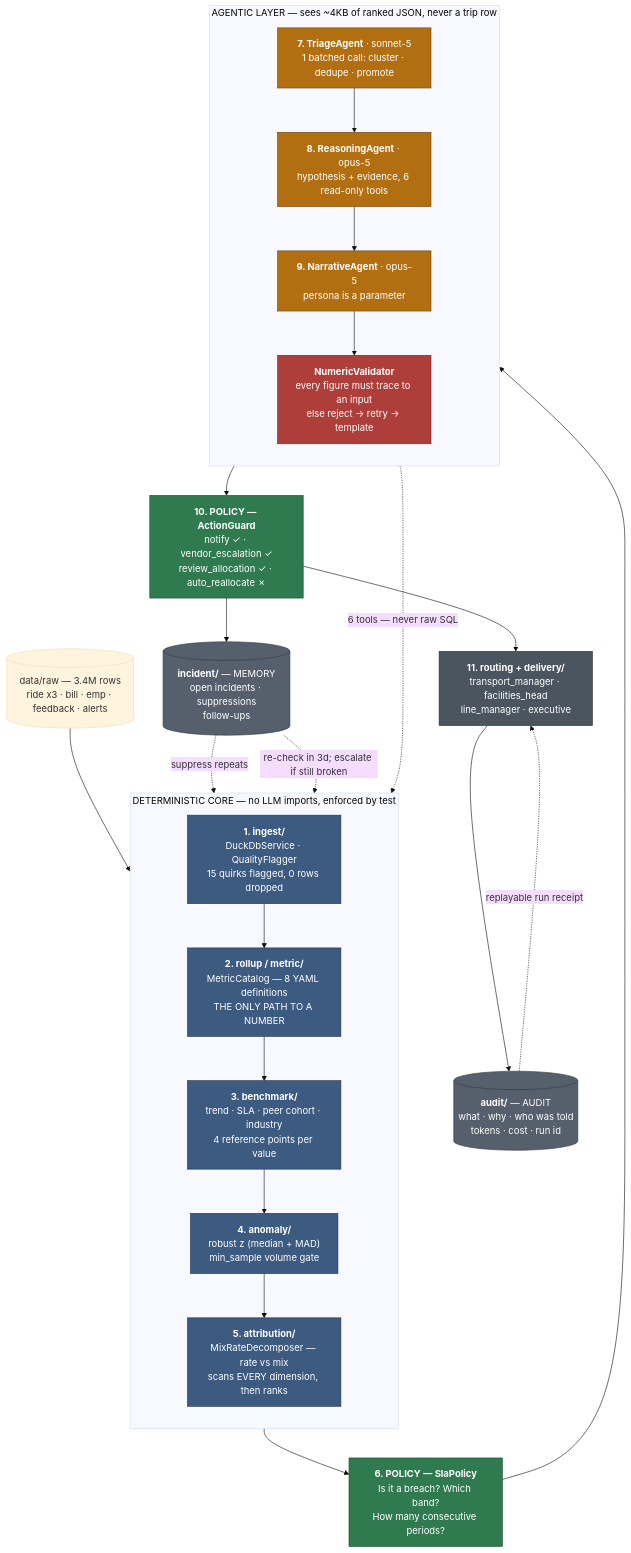
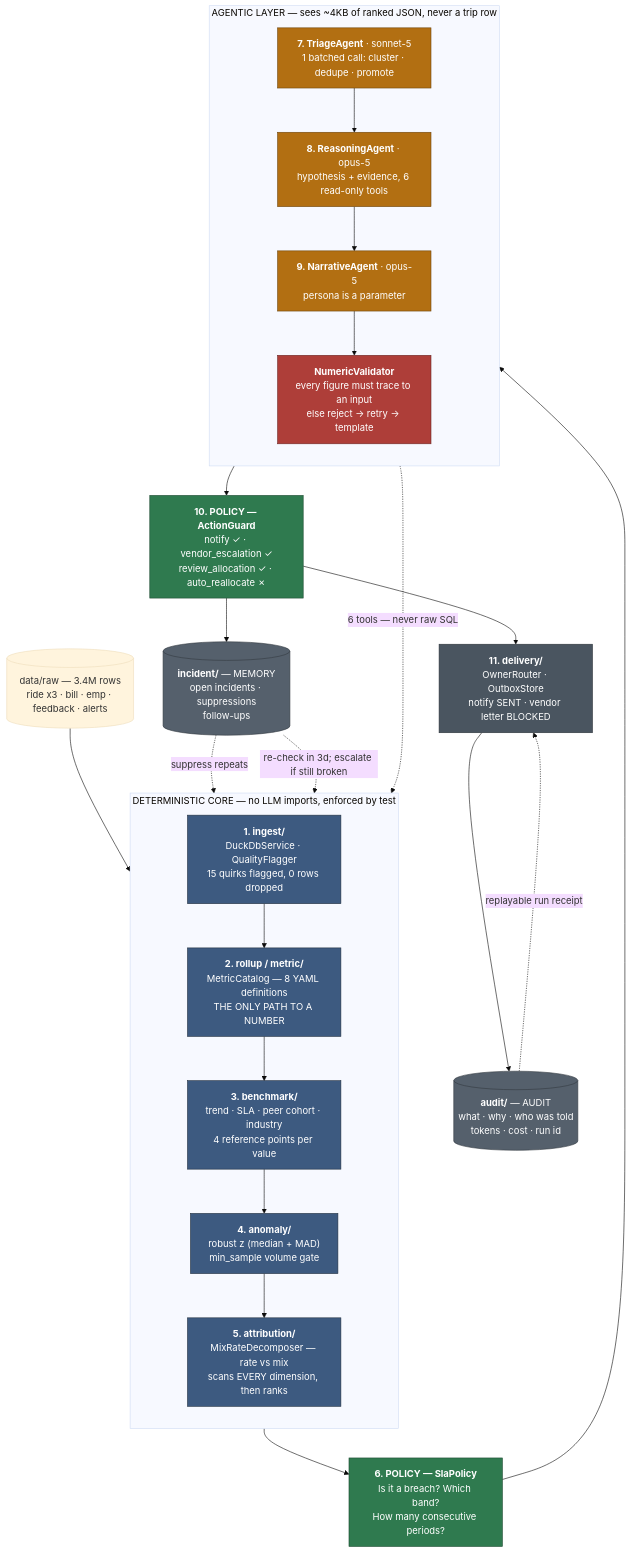
The diagram in README.md (AnkitNehr/moveinsync-agentic-intelligence), drawn with Mermaid (base theme) before and after one commit. The commit also changed other lines of this file and 30 other files, not shown here.

First line of the commit message:
Close the act loop with an outbox, evidence-gated vendor escalation, and later-period follow-up.

````diff
--- a/README.md
+++ b/README.md
@@ -25,49 +25,49 @@
 ```mermaid
 flowchart TB
     RAW[("data/raw — 3.4M rows<br/>ride x3 · bill · emp · feedback · alerts")]
 
     subgraph CORE["DETERMINISTIC CORE — no LLM imports, enforced by test"]
         direction TB
         ING["<b>1. ingest/</b><br/>DuckDbService · QualityFlagger<br/>15 quirks flagged, 0 rows dropped"]:::det
         MET["<b>2. rollup / metric/</b><br/>MetricCatalog — 8 YAML definitions<br/>THE ONLY PATH TO A NUMBER"]:::det
         BEN["<b>3. benchmark/</b><br/>trend · SLA · peer cohort · industry<br/>4 reference points per value"]:::det
         ANO["<b>4. anomaly/</b><br/>robust z (median + MAD)<br/>min_sample volume gate"]:::det
         ATT["<b>5. attribution/</b><br/>MixRateDecomposer — rate vs mix<br/>scans EVERY dimension, then ranks"]:::det
         ING --> MET --> BEN --> ANO --> ATT
     end
 
     POL1["<b>6. POLICY — SlaPolicy</b><br/>Is it a breach? Which band?<br/>How many consecutive periods?"]:::pol
 
     subgraph AI["AGENTIC LAYER — sees ~4KB of ranked JSON, never a trip row"]
         direction TB
         TRI["<b>7. TriageAgent</b> · sonnet-5<br/>1 batched call: cluster · dedupe · promote"]:::agt
         REA["<b>8. ReasoningAgent</b> · opus-5<br/>hypothesis + evidence, 6 read-only tools"]:::agt
         NAR["<b>9. NarrativeAgent</b> · opus-5<br/>persona is a parameter"]:::agt
         VAL["<b>NumericValidator</b><br/>every figure must trace to an input<br/>else reject → retry → template"]:::grd
         TRI --> REA --> NAR --> VAL
     end
 
     POL2["<b>10. POLICY — ActionGuard</b><br/>notify ✓ · vendor_escalation ✓<br/>review_allocation ✓ · auto_reallocate ✗"]:::pol
-    DEL["<b>11. routing + delivery/</b><br/>transport_manager · facilities_head<br/>line_manager · executive"]:::out
+    DEL["<b>11. delivery/</b><br/>OwnerRouter · OutboxStore<br/>notify SENT · vendor letter BLOCKED"]:::out
 
     MEM[("<b>incident/</b> — MEMORY<br/>open incidents · suppressions<br/>follow-ups")]:::mem
     AUD[("<b>audit/</b> — AUDIT<br/>what · why · who was told<br/>tokens · cost · run id")]:::mem
 
     RAW --> ING
     ATT --> POL1 --> TRI
     VAL --> POL2 --> DEL
     REA -. "6 tools — never raw SQL" .-> MET
 
     POL2 --> MEM
     DEL --> AUD
     MEM -. "suppress repeats" .-> ANO
     MEM -. "re-check in 3d; escalate if still broken" .-> MET
     AUD -. "replayable run receipt" .-> DEL
 
     classDef det fill:#3D5A80,stroke:#22303F,color:#fff
     classDef pol fill:#2F7A4F,stroke:#1C4A30,color:#fff
     classDef agt fill:#B26F12,stroke:#6E440B,color:#fff
     classDef grd fill:#AE3E39,stroke:#6C2724,color:#fff
     classDef out fill:#4A5560,stroke:#2C333A,color:#fff
     classDef mem fill:#55606C,stroke:#333A42,color:#fff
 ```
````
